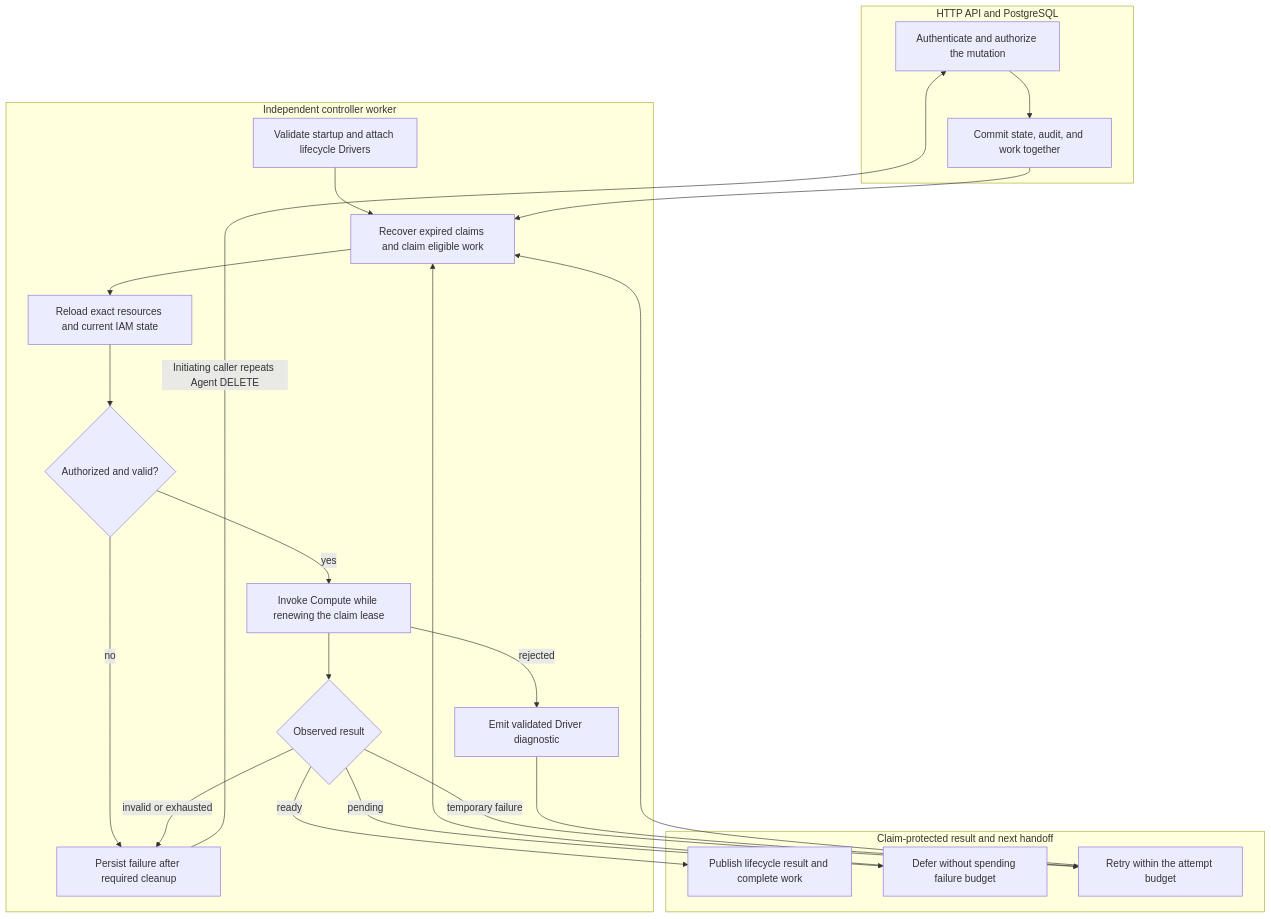
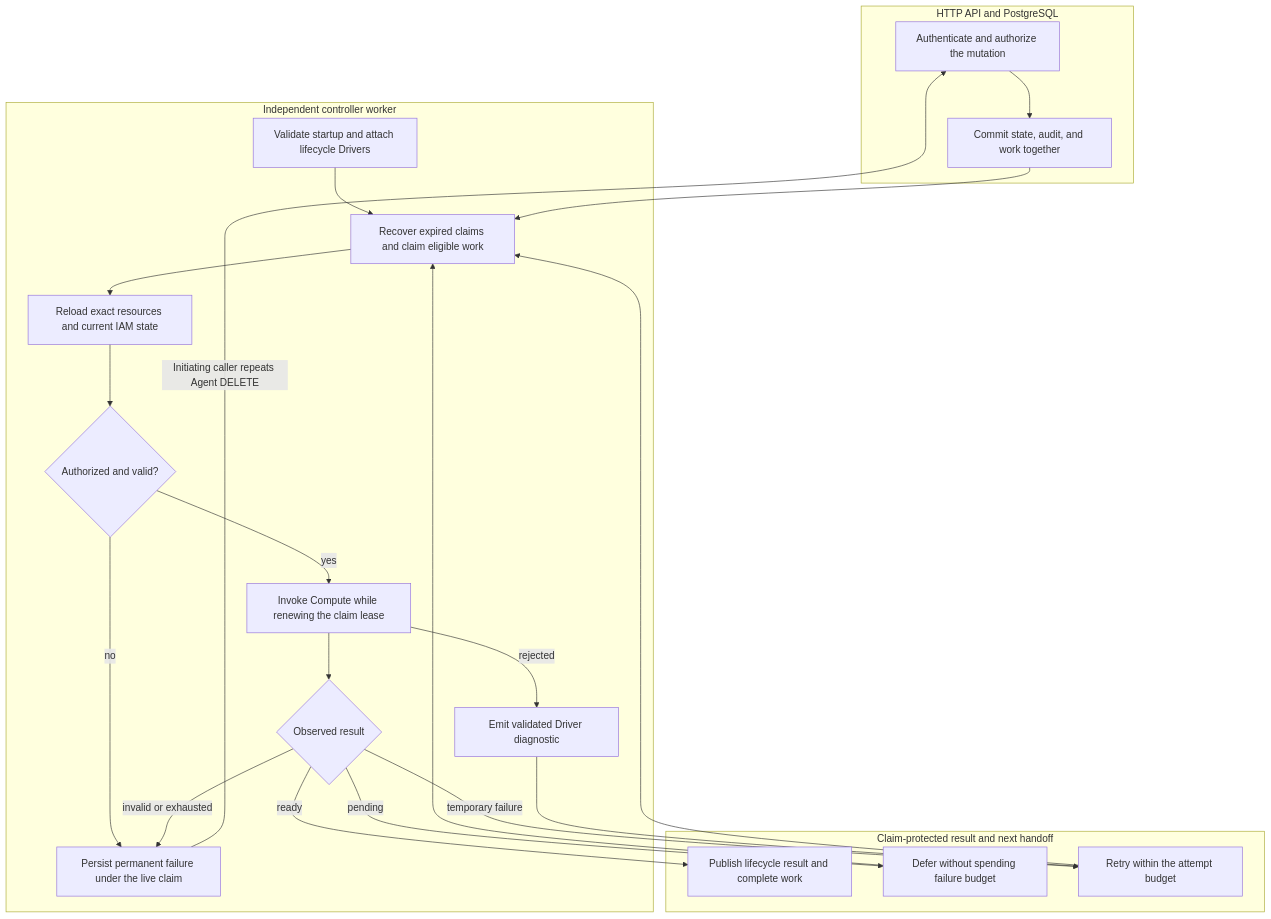
Before and after one commit to raw-labs/openclaw-enterprise: the diagram in docs/flows/controller-worker.md, drawn with Mermaid. The commit also changed other lines of this file and 132 other files, not shown here.

````diff
--- a/docs/flows/controller-worker.md
+++ b/docs/flows/controller-worker.md
@@ -29,26 +29,26 @@
 ```mermaid
 graph TD
     subgraph Admission["HTTP API and PostgreSQL"]
         A["Authenticate and authorize the mutation"] --> B["Commit state, audit, and work together"]
     end
     subgraph Worker["Independent controller worker"]
         C["Validate startup and attach lifecycle Drivers"] --> D["Recover expired claims and claim eligible work"]
         B --> D
         D --> E["Reload exact resources and current IAM state"]
         E --> F{"Authorized and valid?"}
         F -->|yes| G["Invoke Compute while renewing the claim lease"]
-        F -->|no| H["Persist failure after required cleanup"]
+        F -->|no| H["Persist permanent failure under the live claim"]
         G --> I{"Observed result"}
         G -->|rejected| R["Emit validated Driver diagnostic"]
     end
     subgraph Outcome["Claim-protected result and next handoff"]
         I -->|ready| J["Publish lifecycle result and complete work"]
         I -->|pending| K["Defer without spending failure budget"]
         I -->|temporary failure| L["Retry within the attempt budget"]
         R --> L
         I -->|invalid or exhausted| H
         K --> D
         L --> D
         H -->|"Initiating caller repeats Agent DELETE"| A
     end
 ```
````
